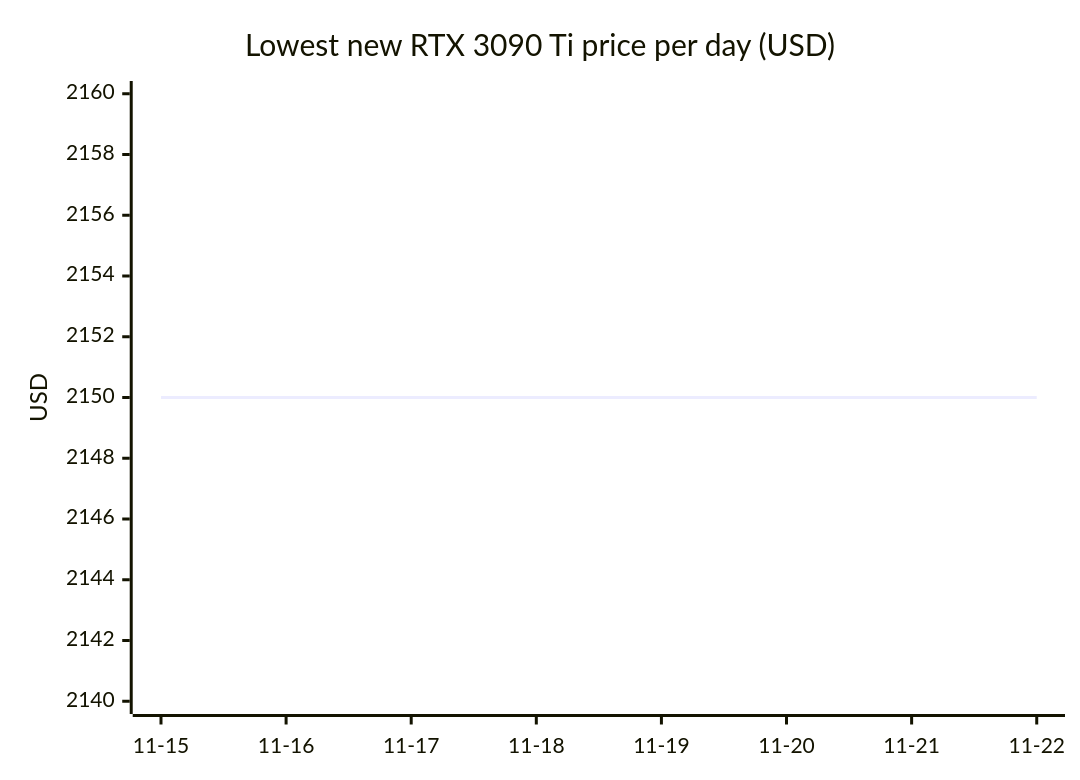
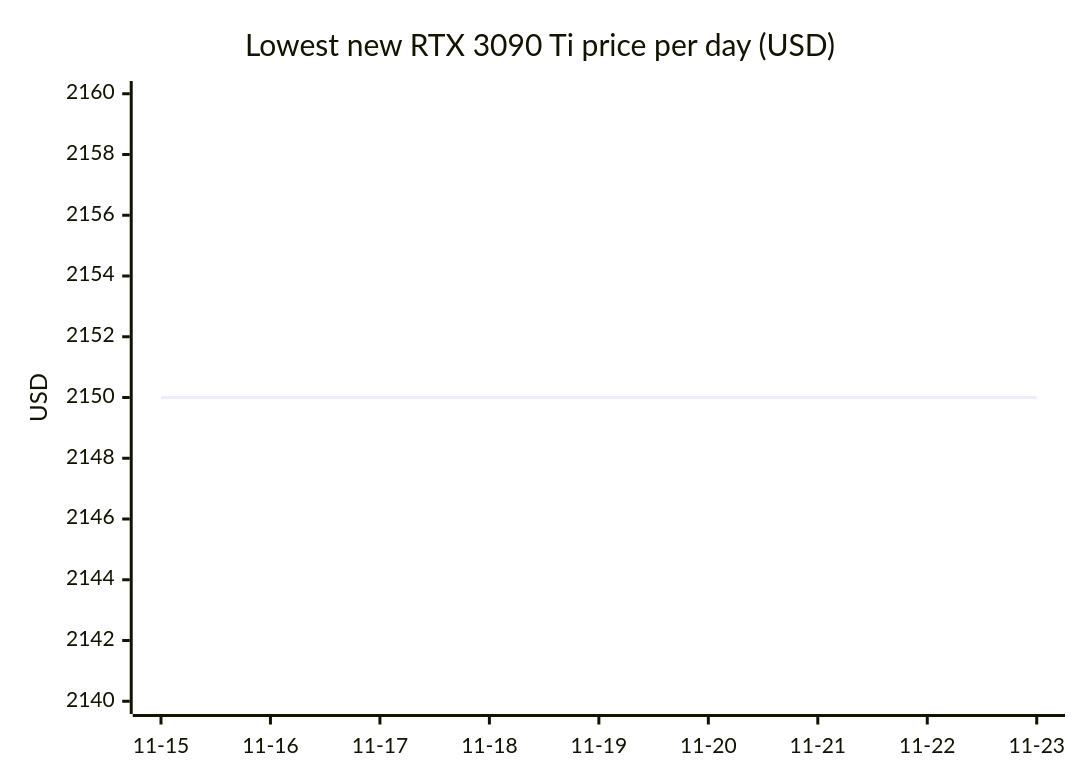
The eighth of 18 diagrams in README.md (7324136828/4tb_ssd_price_watch), drawn with Mermaid before and after one commit. The commit also changed other lines of this file, not shown here.

````diff
--- a/README.md
+++ b/README.md
@@ -841,7 +877,7 @@
 ```mermaid
 xychart-beta
     title "Lowest new RTX 3090 Ti price per day (USD)"
-    x-axis ["11-15", "11-16", "11-17", "11-18", "11-19", "11-20", "11-21", "11-22"]
+    x-axis ["11-15", "11-16", "11-17", "11-18", "11-19", "11-20", "11-21", "11-22", "11-23"]
     y-axis "USD" 2140 --> 2160
-    line [2150.00, 2150.00, 2150.00, 2150.00, 2150.00, 2150.00, 2150.00, 2150.00]
+    line [2150.00, 2150.00, 2150.00, 2150.00, 2150.00, 2150.00, 2150.00, 2150.00, 2150.00]
 ```
````
